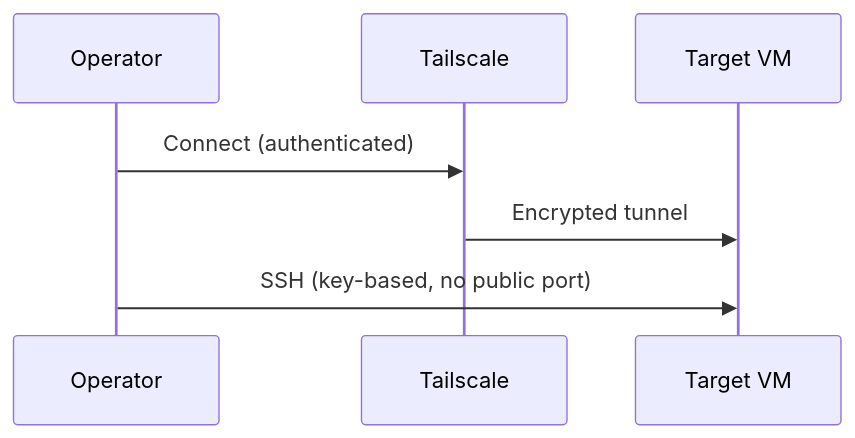
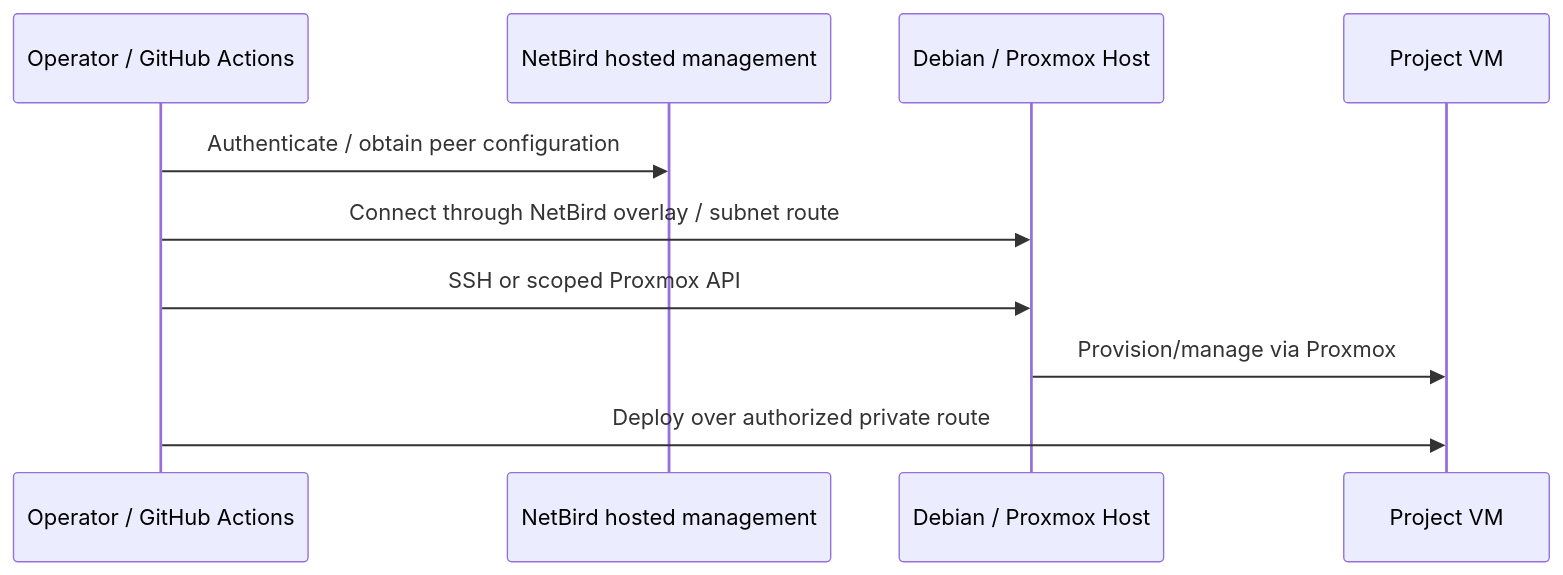
One commit to JT2M0L3Y/homelab changed the fourth of 4 diagrams in docs/architecture/02-networking.md. Above: the diagram before and after it, drawn with Mermaid. The commit also changed other lines of this file and 13 other files, not shown here.

````diff
--- a/docs/architecture/02-networking.md
+++ b/docs/architecture/02-networking.md
@@ -72,10 +120,13 @@
 ```mermaid
 sequenceDiagram
-    participant Admin as Operator
-    participant TS as Tailscale
-    participant VM as Target VM
+    participant Admin as Operator / GitHub Actions
+    participant NB as NetBird hosted management
+    participant Host as Debian / Proxmox Host
+    participant VM as Project VM
 
-    Admin->>TS: Connect (authenticated)
-    TS->>VM: Encrypted tunnel
-    Admin->>VM: SSH (key-based, no public port)
+    Admin->>NB: Authenticate / obtain peer configuration
+    Admin->>Host: Connect through NetBird overlay / subnet route
+    Admin->>Host: SSH or scoped Proxmox API
+    Host->>VM: Provision/manage via Proxmox
+    Admin->>VM: Deploy over authorized private route
 ```
````
